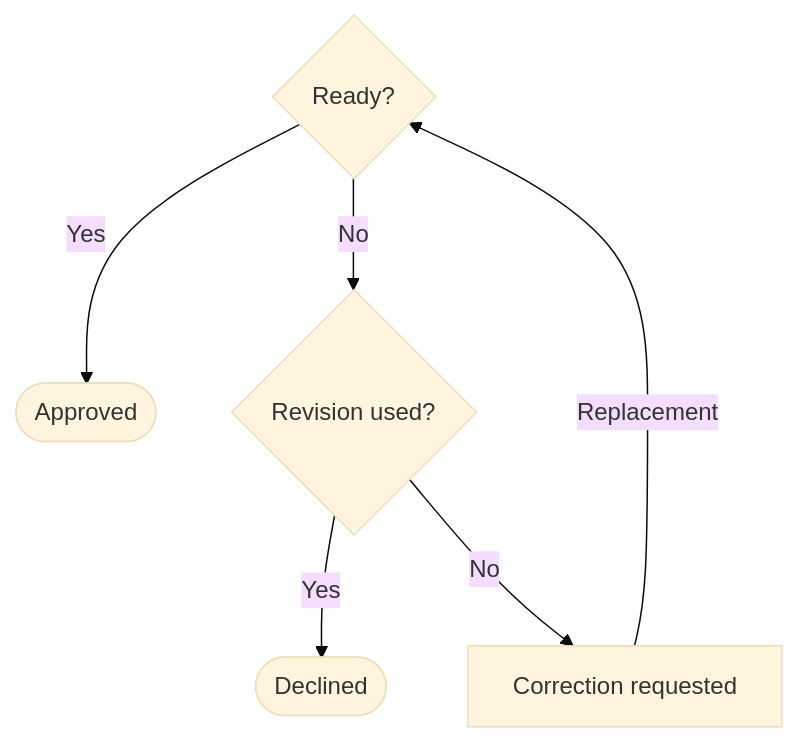
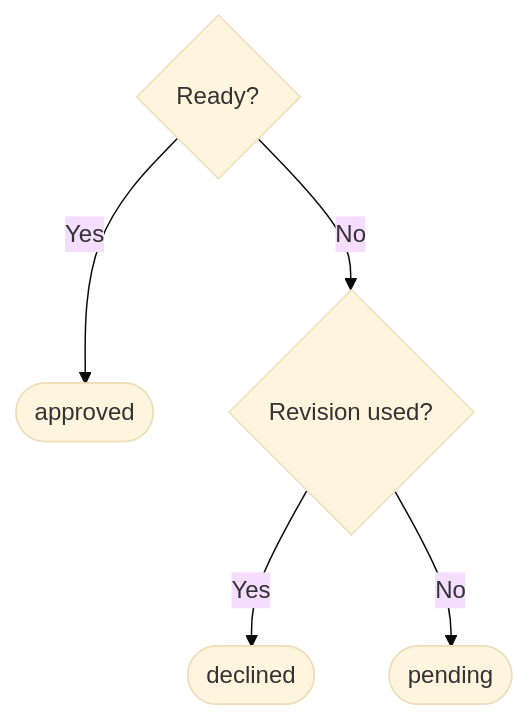
The diagram in skills/pdd-prompting/guide.md (promptdriven/pdd), drawn with Mermaid (base theme) before and after one commit. The commit also changed other lines of this file and 1 other file, not shown here.

````diff
--- a/skills/pdd-prompting/guide.md
+++ b/skills/pdd-prompting/guide.md
@@ -83,8 +84,7 @@
 ```mermaid
 flowchart TD
-    R{Ready?} -->|Yes| A([Approved])
+    R{Ready?} -->|Yes| A([approved])
     R -->|No| U{Revision used?}
-    U -->|Yes| D([Declined])
-    U -->|No| C[Correction requested]
-    C -->|Replacement| R
+    U -->|Yes| D([declined])
+    U -->|No| P([pending])
 ```
````
